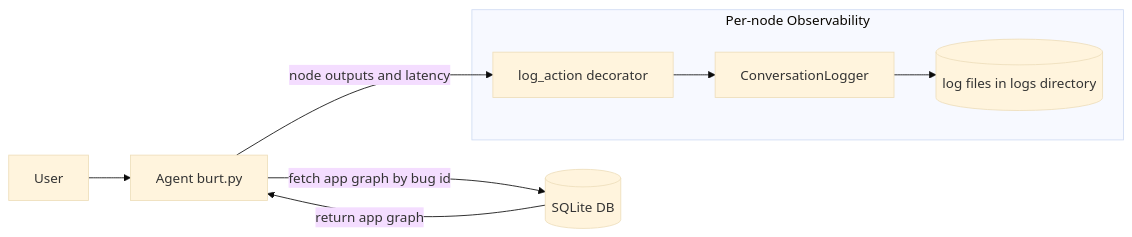
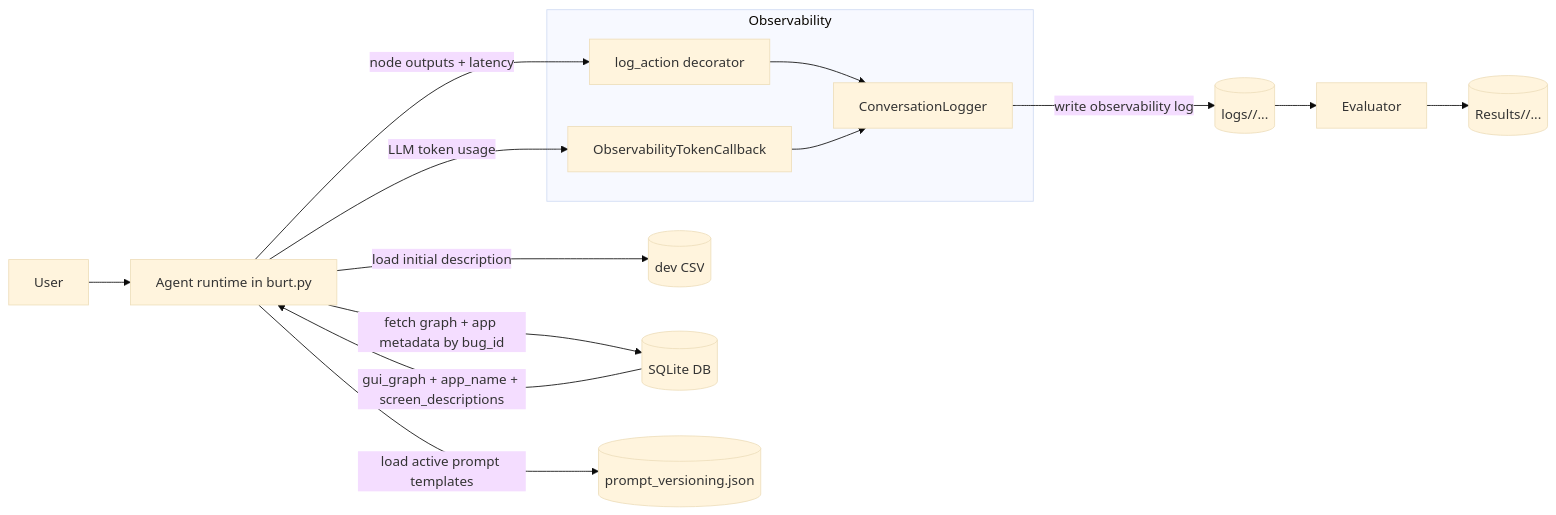
Before and after one commit to sea-lab-wm/agentic_burt: the first of 2 diagrams in ARCHITECTURE.md, drawn with Mermaid (base theme). The commit also changed other lines of this file and 11 other files, not shown here.

````diff
--- a/ARCHITECTURE.md
+++ b/ARCHITECTURE.md
@@ -5,16 +5,23 @@
 ```mermaid
 flowchart LR
-    U[User] --> A[Agent burt.py]
-    A -->|fetch app graph by bug id| DB[(SQLite DB)]
-    DB -->|return app graph| A
+    U[User] --> A[Agent runtime in burt.py]
+    A -->|load initial description| CSV[(dev CSV)]
+    A -->|fetch graph + app metadata by bug_id| DB[(SQLite DB)]
+    DB -->|gui_graph + app_name + screen_descriptions| A
+    A -->|load active prompt templates| PV[(prompt_versioning.json)]
+    L2 -->|write observability log| LOGS[(logs/<PROMPT_VERSION>/...)]
 
-    subgraph OBS[Per-node Observability]
+    subgraph OBS[Observability]
       L1[log_action decorator]
       L2[ConversationLogger]
-      L3[(log files in logs directory)]
+      L3[ObservabilityTokenCallback]
       L1 --> L2
-      L2 --> L3
+      L3 --> L2
     end
 
-    A -->|node outputs and latency| L1
+    A -->|node outputs + latency| L1
+    A -->|LLM token usage| L3
+
+    LOGS --> E[Evaluator]
+    E --> R[(Results/<agent_version>/...)]
 ```
````
